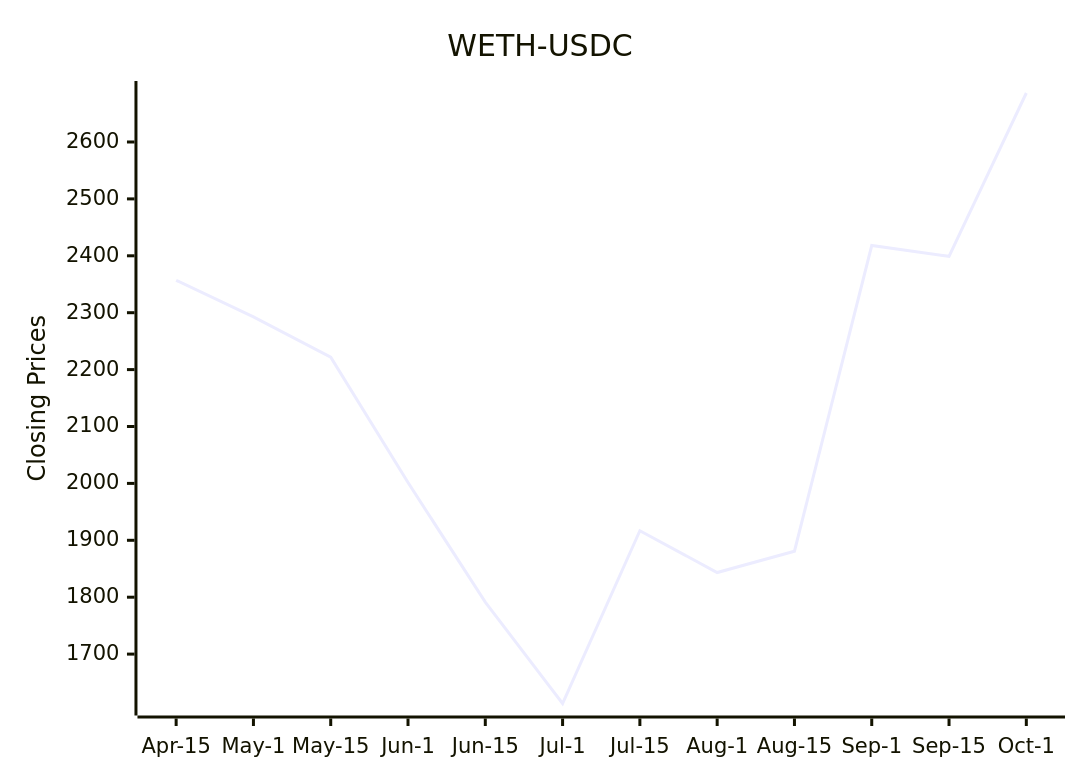
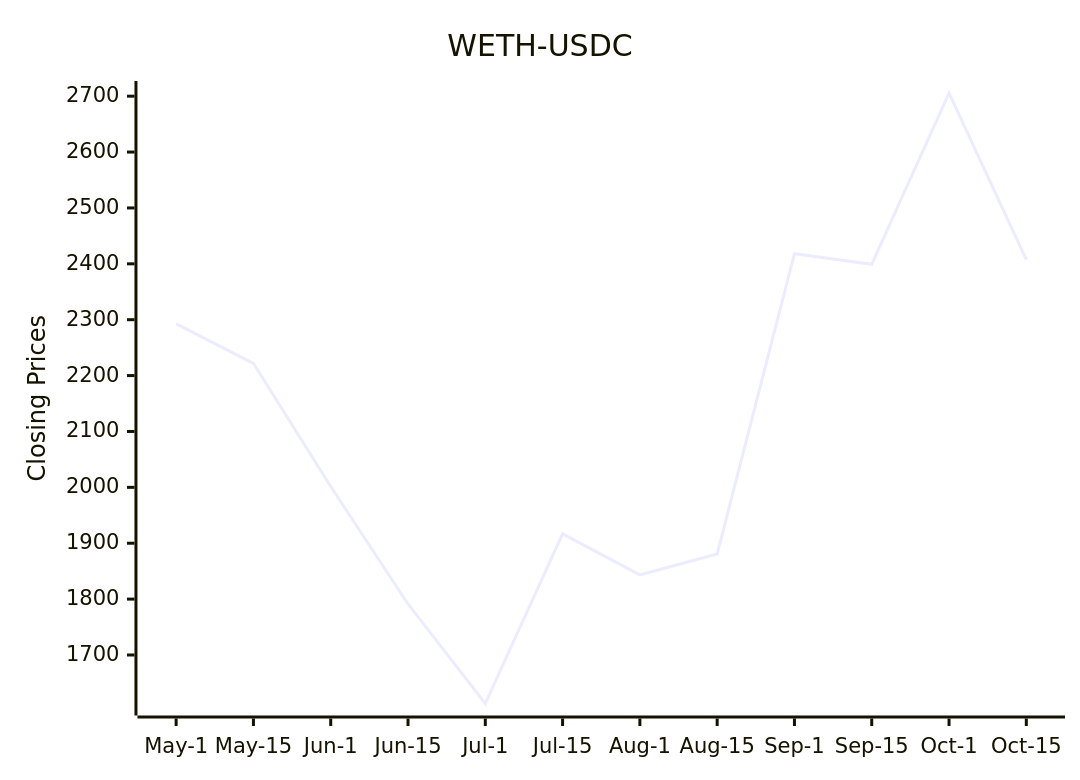
One commit to bicced/ReadmeCryptoPriceChart changed the diagram in README.md. Above: the diagram before and after it, drawn with Mermaid.

Commit message:
Update README with latest DEX data

````diff
--- a/README.md
+++ b/README.md
@@ -6,7 +6,7 @@
 ```mermaid
 xychart-beta
   title "WETH-USDC"
-  x-axis [Apr-15,May-1,May-15,Jun-1,Jun-15,Jul-1,Jul-15,Aug-1,Aug-15,Sep-1,Sep-15,Oct-1]
-  y-axis "Closing Prices" 1613.19126791519 --> 2686.1
-  line [2356.96568036046,2292.65162475032,2221.95469456272,2001.52516545443,1791.29479125771,1613.19126791519,1916.83,1843.3,1880.86,2418.05,2399.07,2686.1]
+  x-axis [May-1,May-15,Jun-1,Jun-15,Jul-1,Jul-15,Aug-1,Aug-15,Sep-1,Sep-15,Oct-1,Oct-15]
+  y-axis "Closing Prices" 1613.19126791519 --> 2705.69
+  line [2292.65162475032,2221.95469456272,2001.52516545443,1791.29479125771,1613.19126791519,1916.83,1843.3,1880.86,2418.05,2399.07,2705.69,2407.49]
 ```
````
